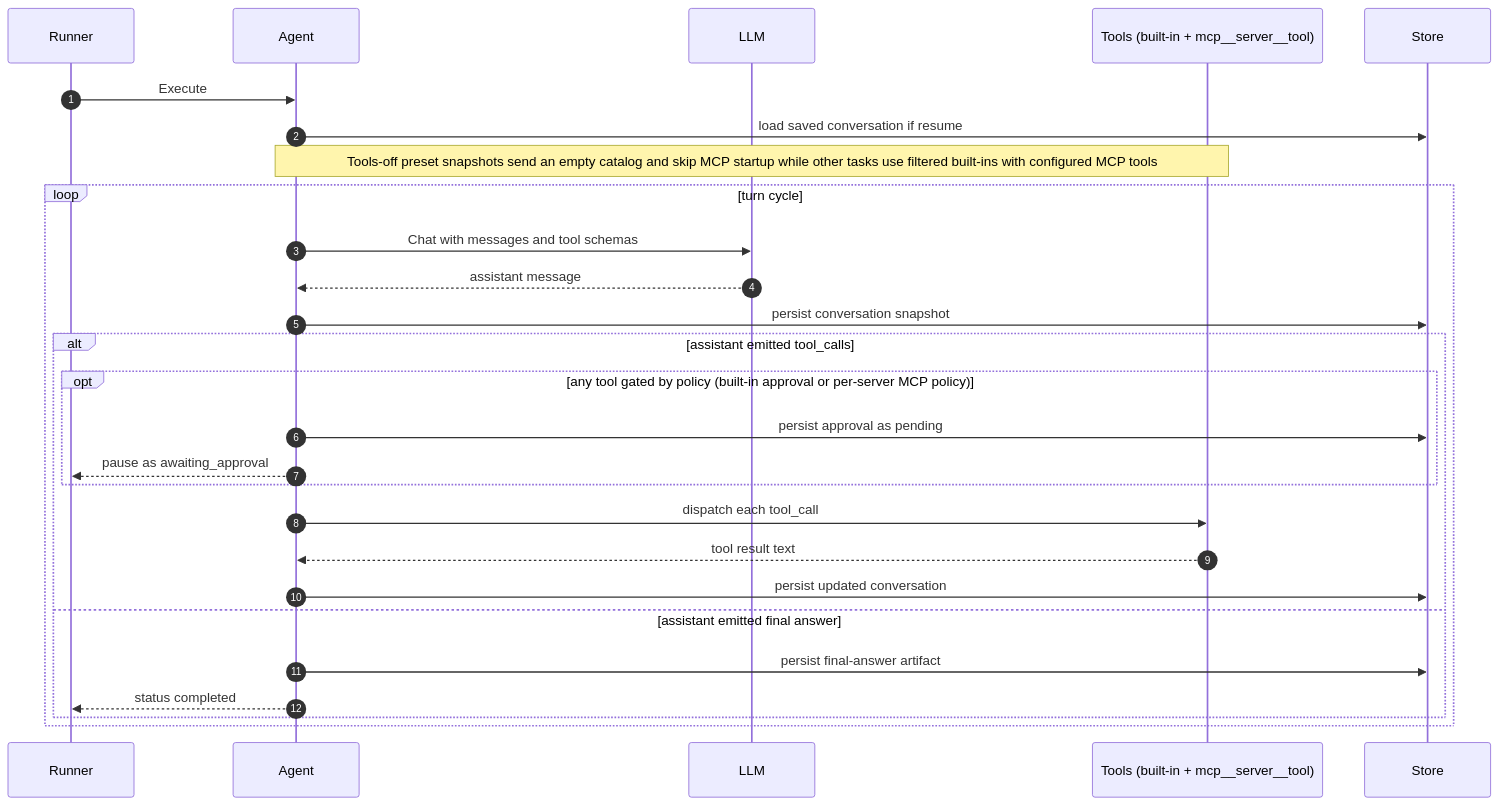
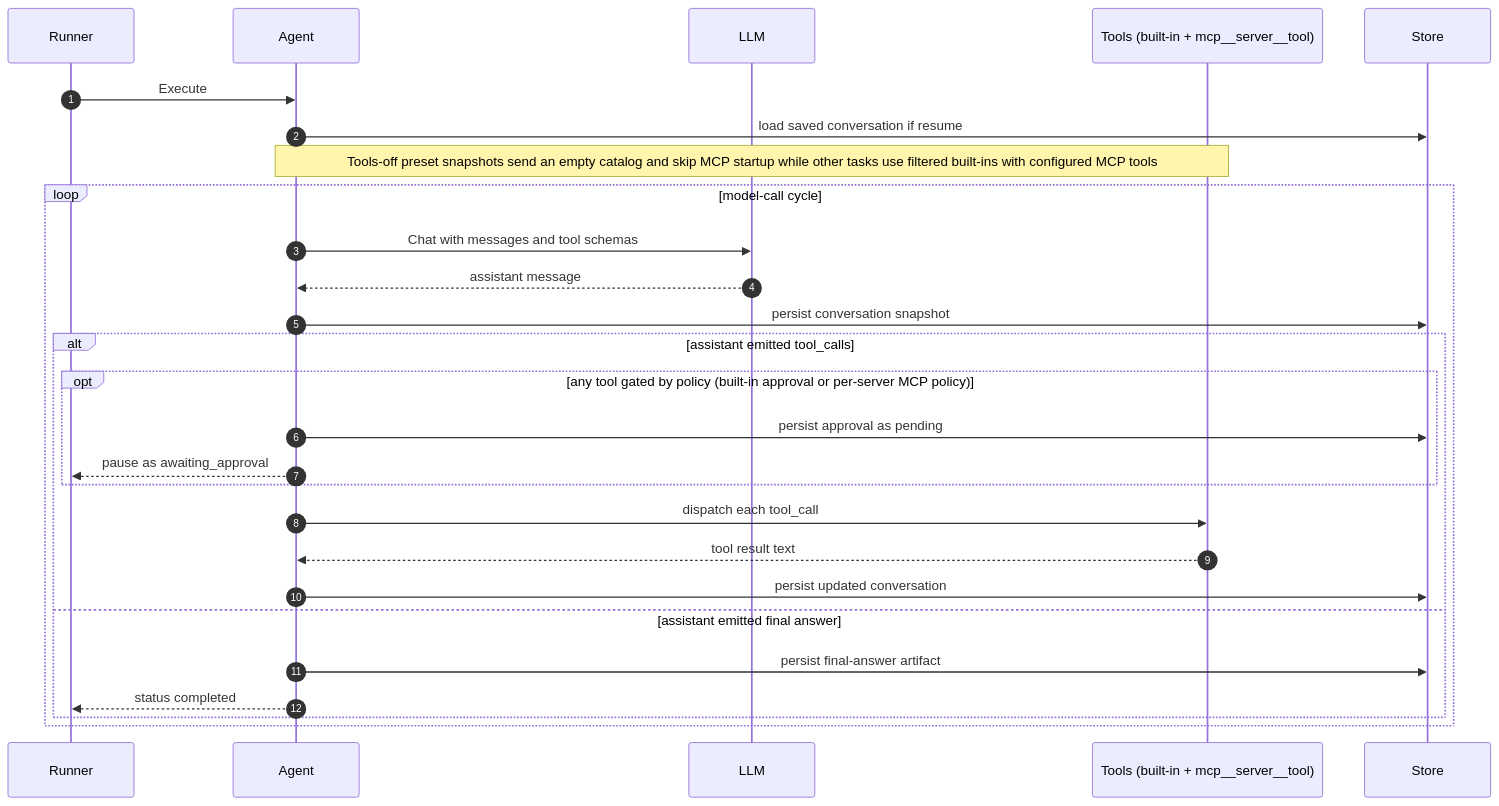
Before and after one commit to hecatehq/hecate: the diagram in docs/runtime/agent-runtime.md, drawn with Mermaid. The commit also changed other lines of this file and 214 other files, not shown here.

````diff
--- a/docs/runtime/agent-runtime.md
+++ b/docs/runtime/agent-runtime.md
@@ -112,29 +112,29 @@
 ```mermaid
 sequenceDiagram
     autonumber
     participant Runner
     participant Agent
     participant LLM
     participant Tools as Tools (built-in + mcp__server__tool)
     participant Store
     Runner->>Agent: Execute
     Agent->>Store: load saved conversation if resume
     Note over Agent,Tools: Tools-off preset snapshots send an empty catalog and skip MCP startup while other tasks use filtered built-ins with configured MCP tools
-    loop turn cycle
+    loop model-call cycle
         Agent->>LLM: Chat with messages and tool schemas
         LLM-->>Agent: assistant message
         Agent->>Store: persist conversation snapshot
         alt assistant emitted tool_calls
             opt any tool gated by policy (built-in approval or per-server MCP policy)
                 Agent->>Store: persist approval as pending
                 Agent-->>Runner: pause as awaiting_approval
             end
             Agent->>Tools: dispatch each tool_call
             Tools-->>Agent: tool result text
             Agent->>Store: persist updated conversation
         else assistant emitted final answer
             Agent->>Store: persist final-answer artifact
             Agent-->>Runner: status completed
         end
     end
 ```
````
